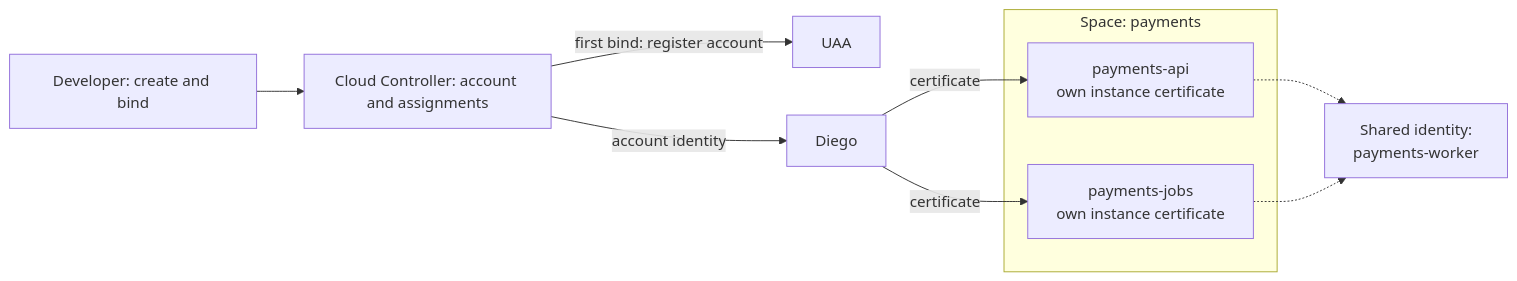
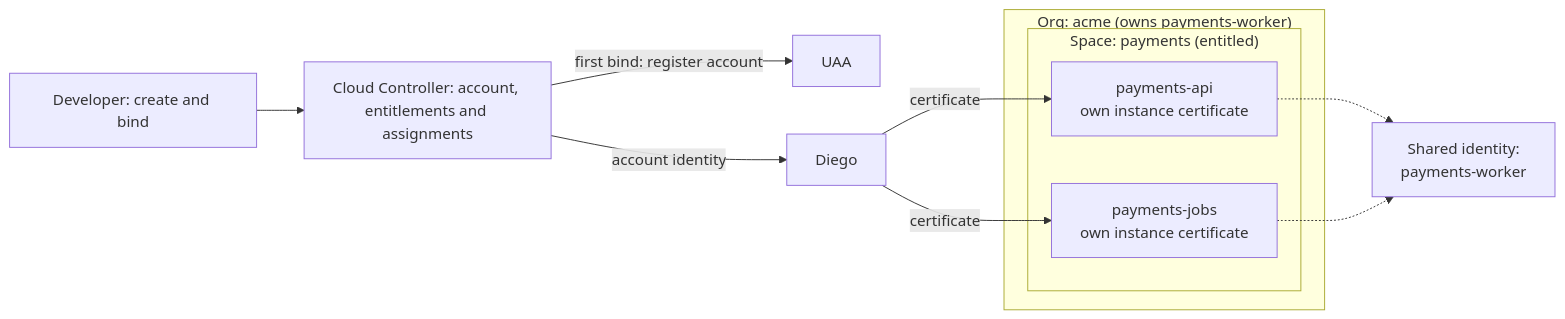
One commit to cloudfoundry/community changed the first of 3 diagrams in toc/rfc/rfc-draft-service-accounts.md. Above: the diagram before and after it, drawn with Mermaid. The commit also changed other lines of this file, not shown here.

Commit message:
Own service accounts by org with explicit space entitlements

````diff
--- a/toc/rfc/rfc-draft-service-accounts.md
+++ b/toc/rfc/rfc-draft-service-accounts.md
@@ -68,14 +69,16 @@
 ```mermaid
 flowchart LR
-    CLI["Developer: create and bind"] --> CAPI["Cloud Controller: account and assignments"]
+    CLI["Developer: create and bind"] --> CAPI["Cloud Controller: account, entitlements and assignments"]
     CAPI -->|"first bind: register account"| UAA["UAA"]
     CAPI -->|"account identity"| Diego["Diego"]
-    subgraph Space["Space: payments"]
-        API["payments-api<br/>own instance certificate"]
-        Jobs["payments-jobs<br/>own instance certificate"]
+    subgraph Org["Org: acme (owns payments-worker)"]
+        subgraph Space["Space: payments (entitled)"]
+            API["payments-api<br/>own instance certificate"]
+            Jobs["payments-jobs<br/>own instance certificate"]
+        end
     end
     Diego -->|"certificate"| API
     Diego -->|"certificate"| Jobs
     API -.-> ID["Shared identity:<br/>payments-worker"]
     Jobs -.-> ID
 ```
````
